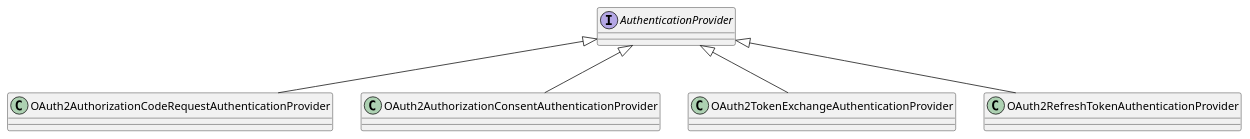
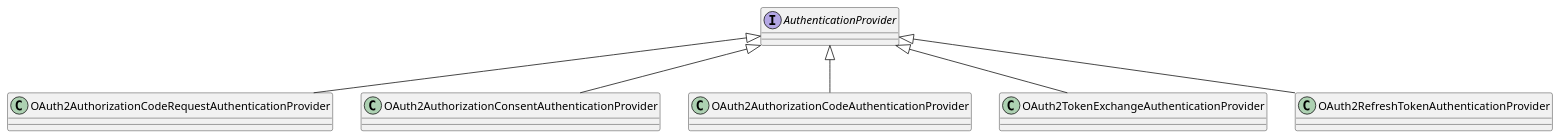
One commit to forever1986/oauth2-study changed the diagram in lesson04/src/main/resources/AuthenticationProvider.puml. Above: the diagram before and after it, drawn with PlantUML. The commit also changed 2 other files, not shown here.

```diff
--- a/lesson04/src/main/resources/AuthenticationProvider.puml
+++ b/lesson04/src/main/resources/AuthenticationProvider.puml
@@ -1,17 +1,19 @@
 @startuml
 'https://plantuml.com/class-diagram
 
 
 interface AuthenticationProvider
 class OAuth2AuthorizationCodeRequestAuthenticationProvider
 class OAuth2AuthorizationConsentAuthenticationProvider
+class OAuth2AuthorizationCodeAuthenticationProvider
 class OAuth2TokenExchangeAuthenticationProvider
 class OAuth2RefreshTokenAuthenticationProvider
 
 AuthenticationProvider <|-- OAuth2AuthorizationCodeRequestAuthenticationProvider
 AuthenticationProvider <|-- OAuth2AuthorizationConsentAuthenticationProvider
+AuthenticationProvider <|-- OAuth2AuthorizationCodeAuthenticationProvider
 AuthenticationProvider <|-- OAuth2TokenExchangeAuthenticationProvider
 AuthenticationProvider <|-- OAuth2RefreshTokenAuthenticationProvider
 
 
 @enduml
```
